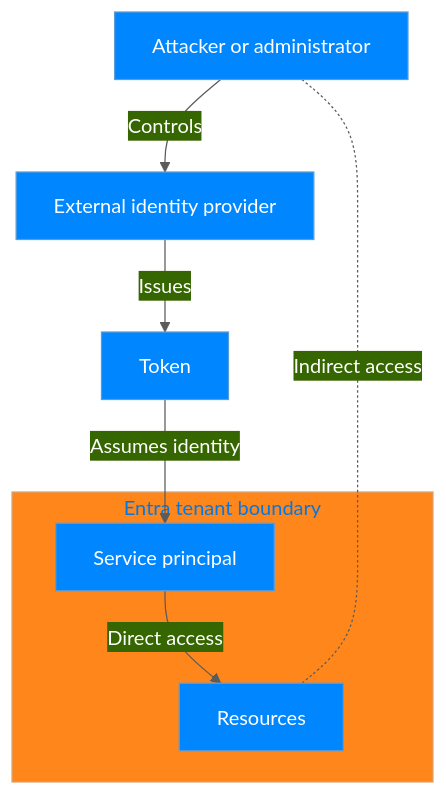
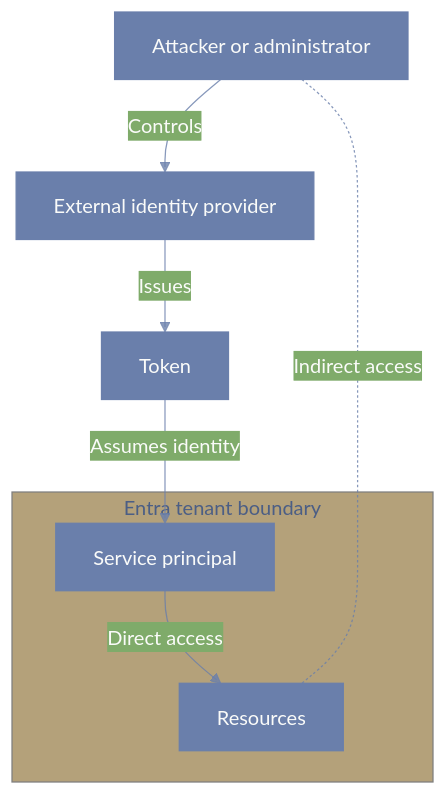
The third of 3 diagrams in _posts/2025-01-11-Workload-Identity-Federation-Hidden-Risks.md (lucas-ko/lucas-ko.github.io), drawn with Mermaid before and after one commit. The commit also changed other lines of this file, not shown here.

````diff
--- a/_posts/2025-01-11-Workload-Identity-Federation-Hidden-Risks.md
+++ b/_posts/2025-01-11-Workload-Identity-Federation-Hidden-Risks.md
@@ -79,18 +90,19 @@
 ```mermaid
-%%{
-  init: {
-    'theme': 'base',
-    'themeVariables': {
-      'primaryColor': '#0086FF',
-      'primaryTextColor': '#FFFFFF',
-      'lineColor': '#5b5b5b',
-      'darkMode': 'true'
-    }
+%%{init:{
+  'theme':'base',
+  'themeVariables': {
+    'primaryColor':'#6A7FAB',
+    'primaryTextColor':'#FAFBF9',
+    'primaryBorderColor':'#6A7FAB',
+    'lineColor':'#6A7FABCC',
+    'textColor':'#6A7FABCC',
+    'fontSize':'16px'
   }
-}%% flowchart TD  
+}}%%
+  flowchart TD  
     A["Attacker or administrator"] -- Controls --> B["External identity provider"] -- Issues --> C[Token] -- Assumes identity --> D["Service principal"]
-subgraph TB ["Entra tenant boundary"]
+  subgraph TB ["Entra tenant boundary"]
        D["Service principal"] -- Direct access --> E[Resources]
 end
 A -. Indirect access .- E
 ```
````
